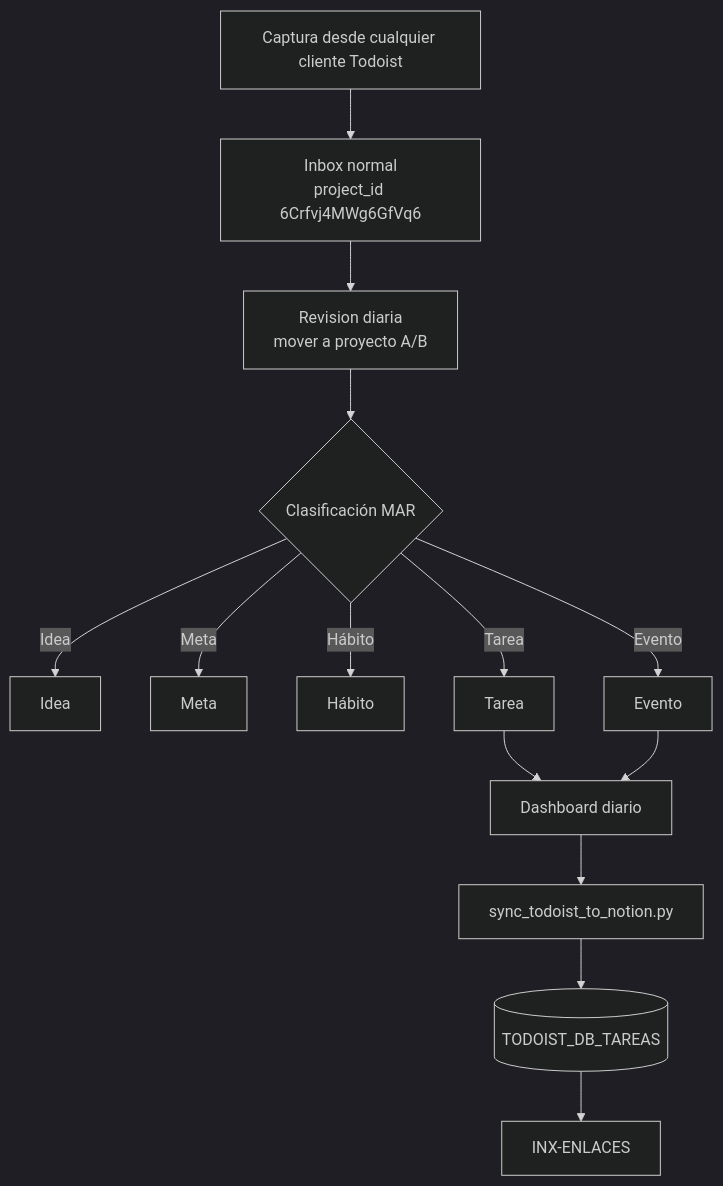
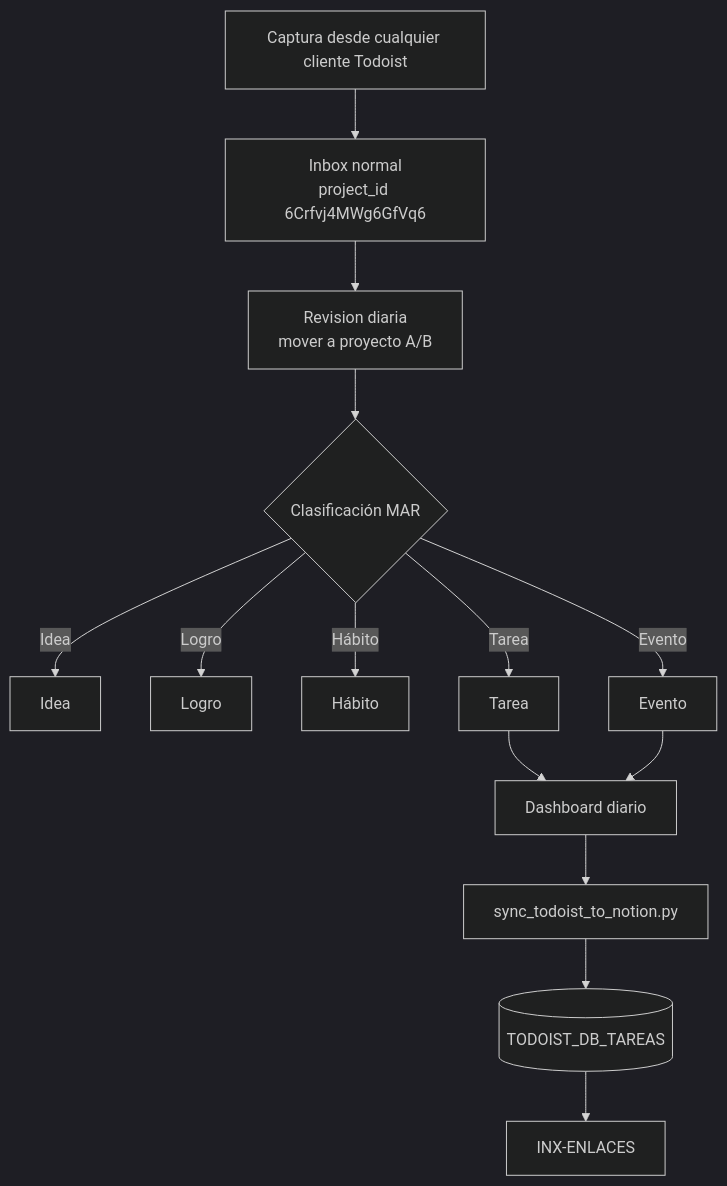
The second of 11 diagrams in docs/pipeline-atlas.md (dalarconrub/coworkia), drawn with Mermaid (dark theme) before and after one commit. The commit also changed other lines of this file and 25 other files, not shown here.

````diff
--- a/docs/pipeline-atlas.md
+++ b/docs/pipeline-atlas.md
@@ -78,16 +78,16 @@
 ```mermaid
 flowchart TD
     CAP[Captura desde cualquier cliente Todoist] --> INBOX[Inbox normal<br/>project_id 6Crfvj4MWg6GfVq6]
     INBOX --> TRIAGE[Revision diaria<br/>mover a proyecto A/B]
     TRIAGE --> CLF{Clasificación MAR}
     CLF -->|Idea| MAR_I[Idea]
-    CLF -->|Meta| MAR_M[Meta]
+    CLF -->|Logro| MAR_M[Logro]
     CLF -->|Hábito| MAR_H[Hábito]
     CLF -->|Tarea| MAR_T[Tarea]
     CLF -->|Evento| MAR_E[Evento]
     MAR_T --> DASH[Dashboard diario]
     MAR_E --> DASH
     DASH --> SYNC[sync_todoist_to_notion.py]
     SYNC --> TODOIST_TAREAS[(TODOIST_DB_TAREAS)]
     TODOIST_TAREAS --> INX[INX-ENLACES]
 ```
````
